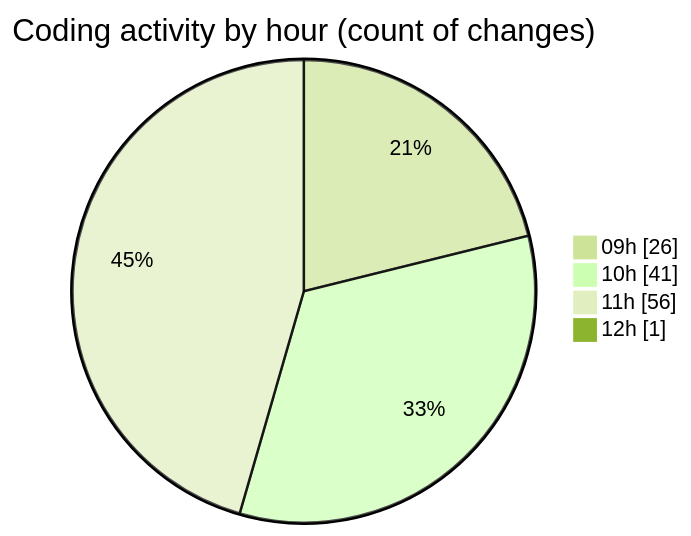
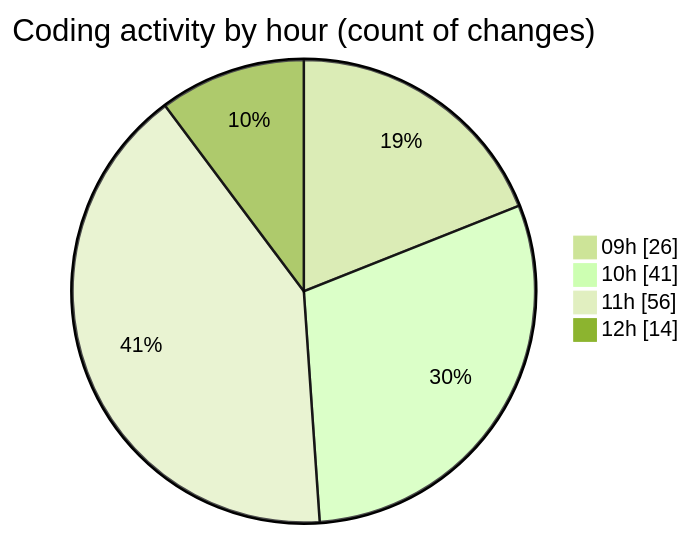
Before and after one commit to momahboobian/code-tracking: the second of 2 diagrams in 2026-05-12/cda/README.md, drawn with Mermaid (forest theme). The commit also changed other lines of this file and 1 other file, not shown here.

````diff
--- a/2026-05-12/cda/README.md
+++ b/2026-05-12/cda/README.md
@@ -56,8 +64,8 @@
 ```mermaid
 pie showData
 title Coding activity by hour (count of changes)
 "09h" : 26
 "10h" : 41
 "11h" : 56
-"12h" : 1
+"12h" : 14
 ```
````
